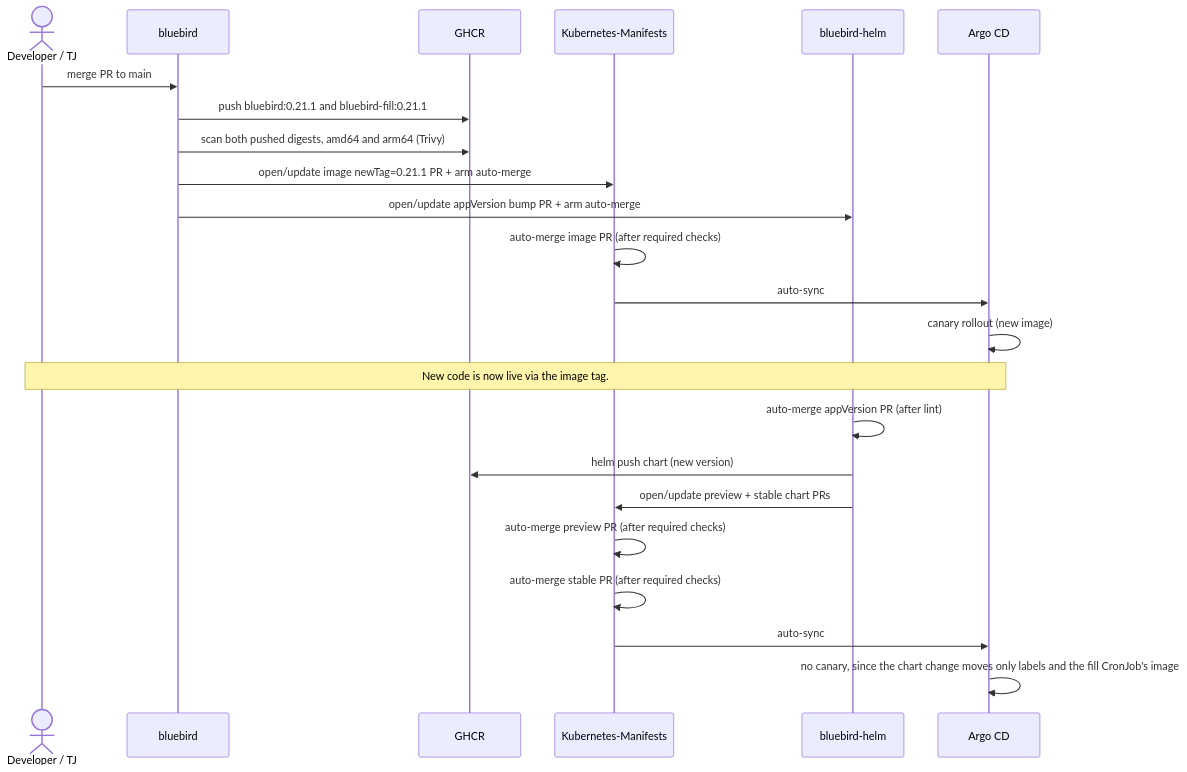
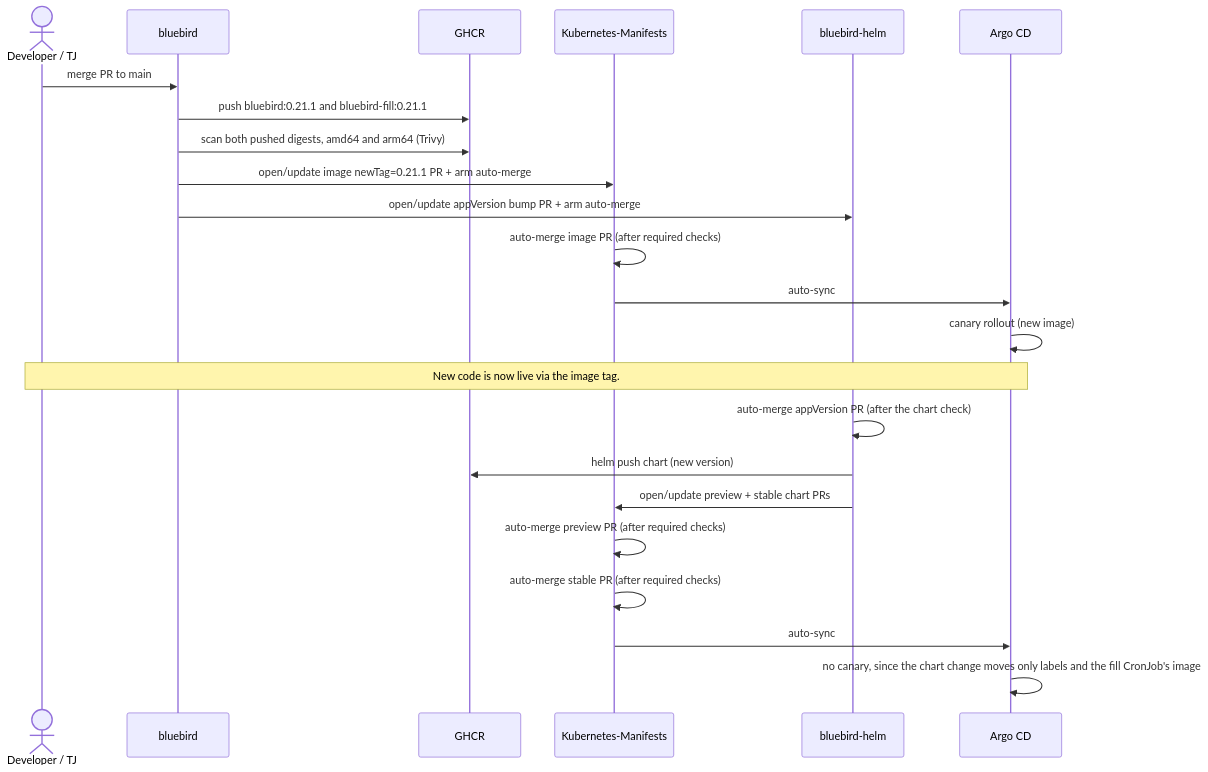
Before and after one commit to zimmertr/bluebird: the sixth of 6 diagrams in docs/CICD.md, drawn with Mermaid. The commit also changed other lines of this file and 2 other files, not shown here.

First line of the commit message:
docs(cicd): bluebird-helm's chart release runs on yggdrasil's modules (#894)

````diff
--- a/docs/CICD.md
+++ b/docs/CICD.md
@@ -1546,26 +1544,26 @@
 ```mermaid
 sequenceDiagram
     actor Dev as Developer / TJ
     participant BB as bluebird
     participant DH as GHCR
     participant KM as Kubernetes-Manifests
     participant HELM as bluebird-helm
     participant ARGO as Argo CD
 
     Dev->>BB: merge PR to main
     BB->>DH: push bluebird:0.21.1 and bluebird-fill:0.21.1
     BB->>DH: scan both pushed digests, amd64 and arm64 (Trivy)
     BB->>KM: open/update image newTag=0.21.1 PR + arm auto-merge
     BB->>HELM: open/update appVersion bump PR + arm auto-merge
     KM->>KM: auto-merge image PR (after required checks)
     KM->>ARGO: auto-sync
     ARGO->>ARGO: canary rollout (new image)
     Note over Dev,ARGO: New code is now live via the image tag.
-    HELM->>HELM: auto-merge appVersion PR (after lint)
+    HELM->>HELM: auto-merge appVersion PR (after the chart check)
     HELM->>DH: helm push chart (new version)
     HELM->>KM: open/update preview + stable chart PRs
     KM->>KM: auto-merge preview PR (after required checks)
     KM->>KM: auto-merge stable PR (after required checks)
     KM->>ARGO: auto-sync
     ARGO->>ARGO: no canary, since the chart change moves only labels and the fill CronJob's image
 ```
````
